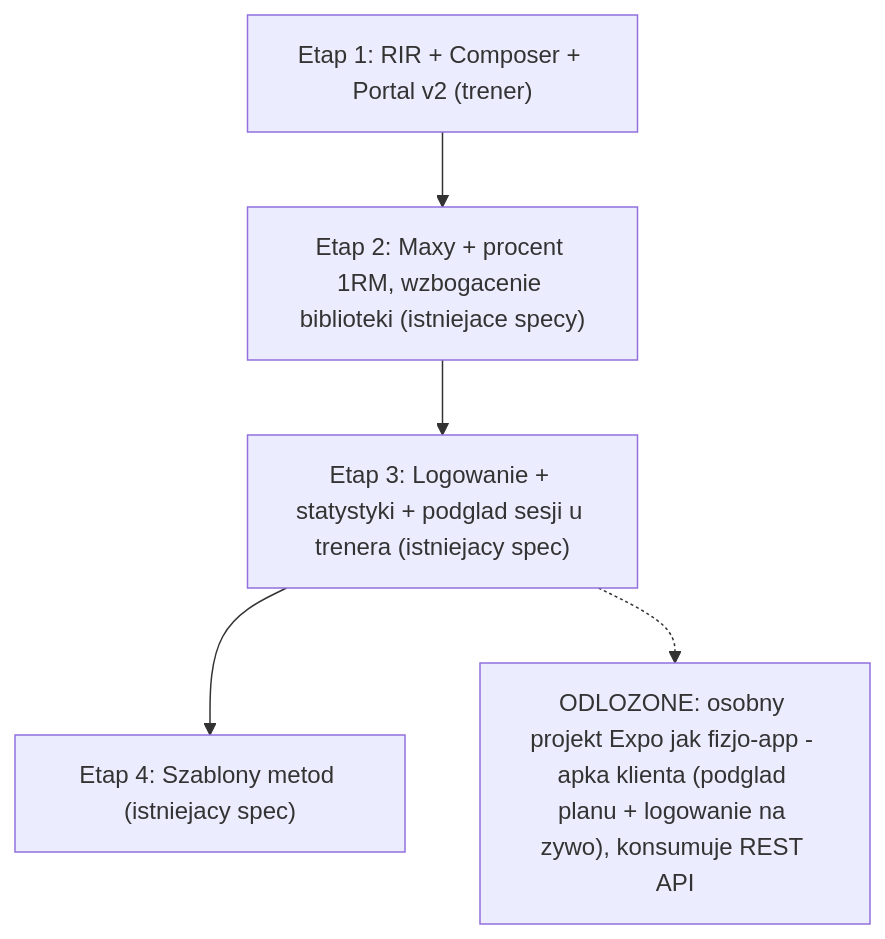
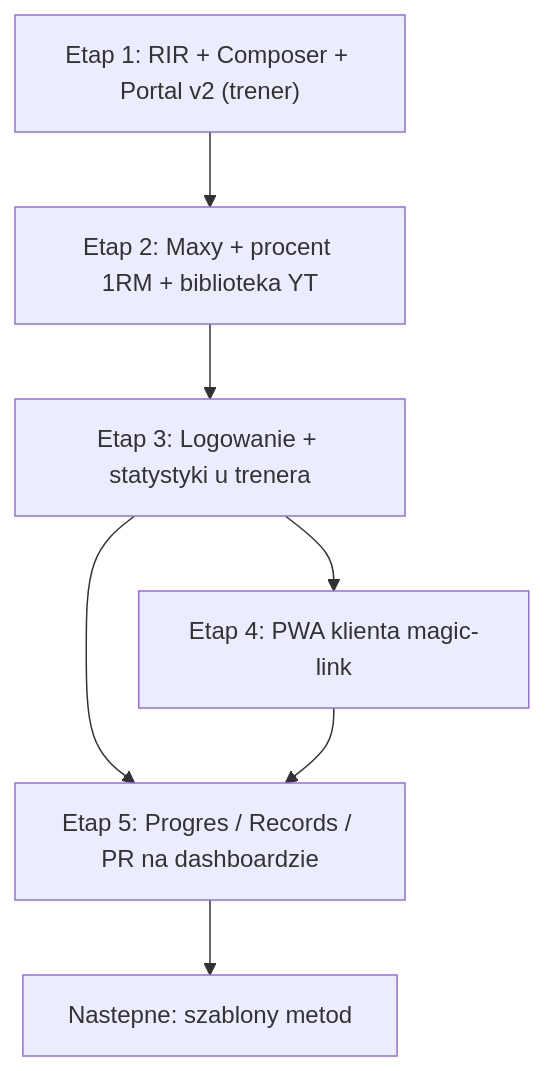
The diagram in .ai/specs/2026-07-08-roadmap-plan-to-training.md (Prezentytu/trainer-app), drawn with Mermaid before and after one commit. The commit also changed other lines of this file and 37 other files, not shown here.

Commit message:
feat: implement client portal pwa with magic-link access and enhance workout logging features

````diff
--- a/.ai/specs/2026-07-08-roadmap-plan-to-training.md
+++ b/.ai/specs/2026-07-08-roadmap-plan-to-training.md
@@ -33,7 +33,9 @@
 ```mermaid
 flowchart TD
-  E1["Etap 1: RIR + Composer + Portal v2 (trener)"] --> E2["Etap 2: Maxy + procent 1RM, wzbogacenie biblioteki (istniejace specy)"]
-  E2 --> E3["Etap 3: Logowanie + statystyki + podglad sesji u trenera (istniejacy spec)"]
-  E3 --> E4["Etap 4: Szablony metod (istniejacy spec)"]
-  E3 -.-> D["ODLOZONE: osobny projekt Expo jak fizjo-app - apka klienta (podglad planu + logowanie na zywo), konsumuje REST API"]
+  E1["Etap 1: RIR + Composer + Portal v2 (trener)"] --> E2["Etap 2: Maxy + procent 1RM + biblioteka YT"]
+  E2 --> E3["Etap 3: Logowanie + statystyki u trenera"]
+  E3 --> E4["Etap 4: PWA klienta magic-link"]
+  E3 --> E5["Etap 5: Progres / Records / PR na dashboardzie"]
+  E4 --> E5
+  E5 --> E6["Nastepne: szablony metod"]
 ```
````
